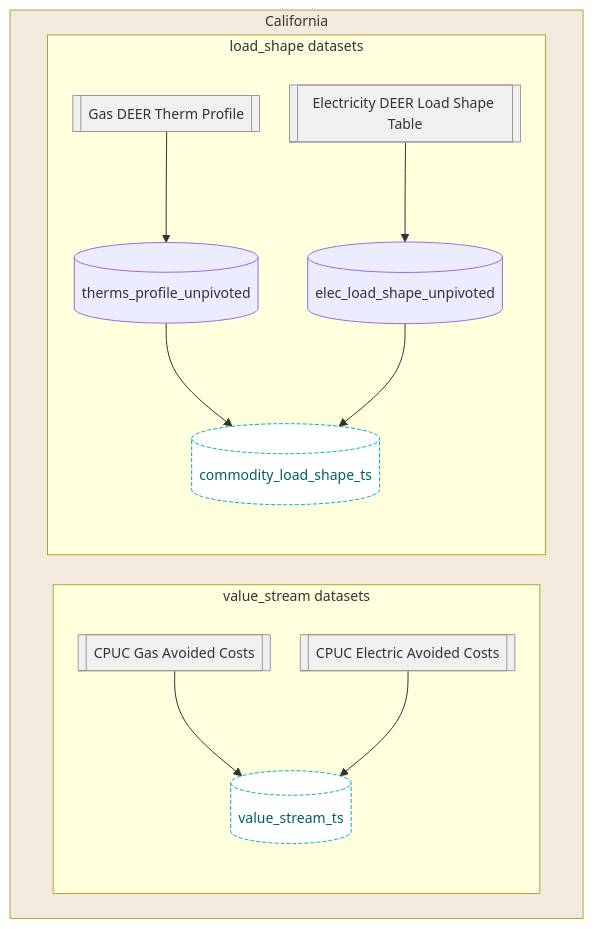
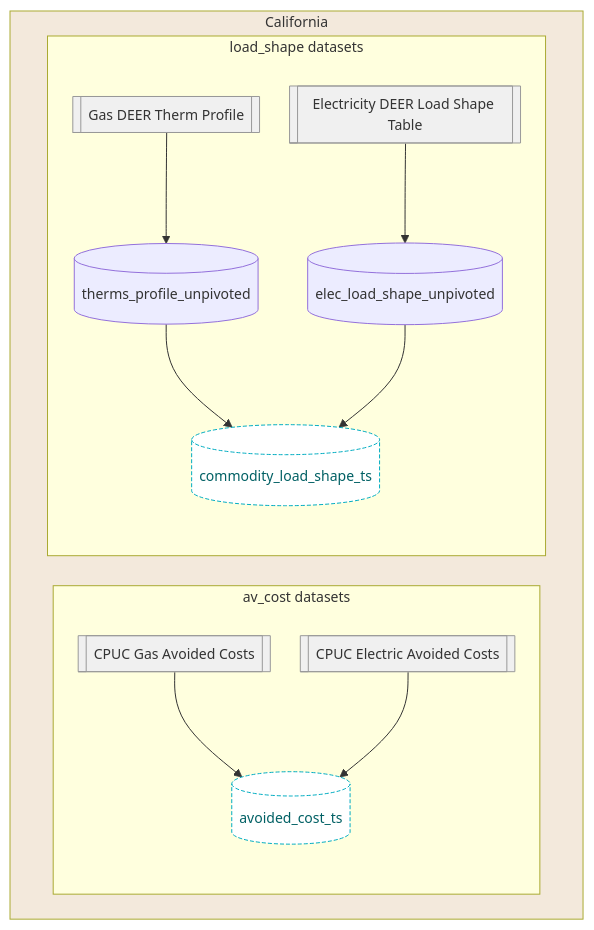
One commit to openbca/openbca changed the second of 4 diagrams in README.md. Above: the diagram before and after it, drawn with Mermaid. The commit also changed other lines of this file and 2 other files, not shown here.

Commit message:
renaming in the diagram

````diff
--- a/README.md
+++ b/README.md
@@ -116,38 +116,38 @@
 ```mermaid
 %%{ init: { "theme": "default", "themeVariables": { "fontSize": "14px" }, "flowchart": { "nodeSpacing": 30, "curve": "basis" } } }%%
 flowchart TD
 
     %% === CALIFORNIA Subgraph ===
     subgraph CALIFORNIA ["California"]
         style CALIFORNIA fill:#F3E9DC
 
-        subgraph CALI_VS ["value_stream datasets"]
+        subgraph CALI_VS ["av_cost datasets"]
             cal_gas_av_costs[["CPUC Gas Avoided Costs"]]:::fileref
             cal_elec_av_costs[["CPUC Electric Avoided Costs"]]:::fileref
-            cal_value_stream_ts[(value_stream_ts)]:::interface
+            cal_avoided_cost_ts[(avoided_cost_ts)]:::interface
 
-            cal_gas_av_costs --> cal_value_stream_ts
-            cal_elec_av_costs --> cal_value_stream_ts
+            cal_gas_av_costs --> cal_avoided_cost_ts
+            cal_elec_av_costs --> cal_avoided_cost_ts
         end
 
         subgraph CALI_LS ["load_shape datasets"]
             cal_therms_profile[[Gas DEER Therm Profile]]:::fileref
             cal_therms_profile_unpivoted[(therms_profile_unpivoted)]:::intermediate
             cal_elec_load_shape_unpivoted[(elec_load_shape_unpivoted)]:::intermediate
             cal_hourly_electric_load[[Electricity DEER Load Shape Table]]:::fileref
             cal_commodity_load_shape_ts[(commodity_load_shape_ts)]:::interface
 
             cal_therms_profile --> cal_therms_profile_unpivoted --> cal_commodity_load_shape_ts
             cal_hourly_electric_load --> cal_elec_load_shape_unpivoted --> cal_commodity_load_shape_ts
         end
     end
 
     %% === CLASS DEFINITIONS ===
     classDef input fill:#cce5ff,stroke:#3399ff,color:#003366,stroke-width:2px;
     %%classDef intermediate 
     classDef output fill:#d4edda,stroke:#28a745,color:#155724,stroke-width:2px;
     classDef interface fill:#ffffff,stroke:#00acc1,color:#006064,stroke-dasharray: 4 2;
     classDef fileref fill:#f0f0f0,stroke:#999999,color:#333,stroke-width:1px;
     classDef user fill:#ffe0e0,stroke:#cc0000,color:#660000,stroke-width:2px;
 
 ```
````
